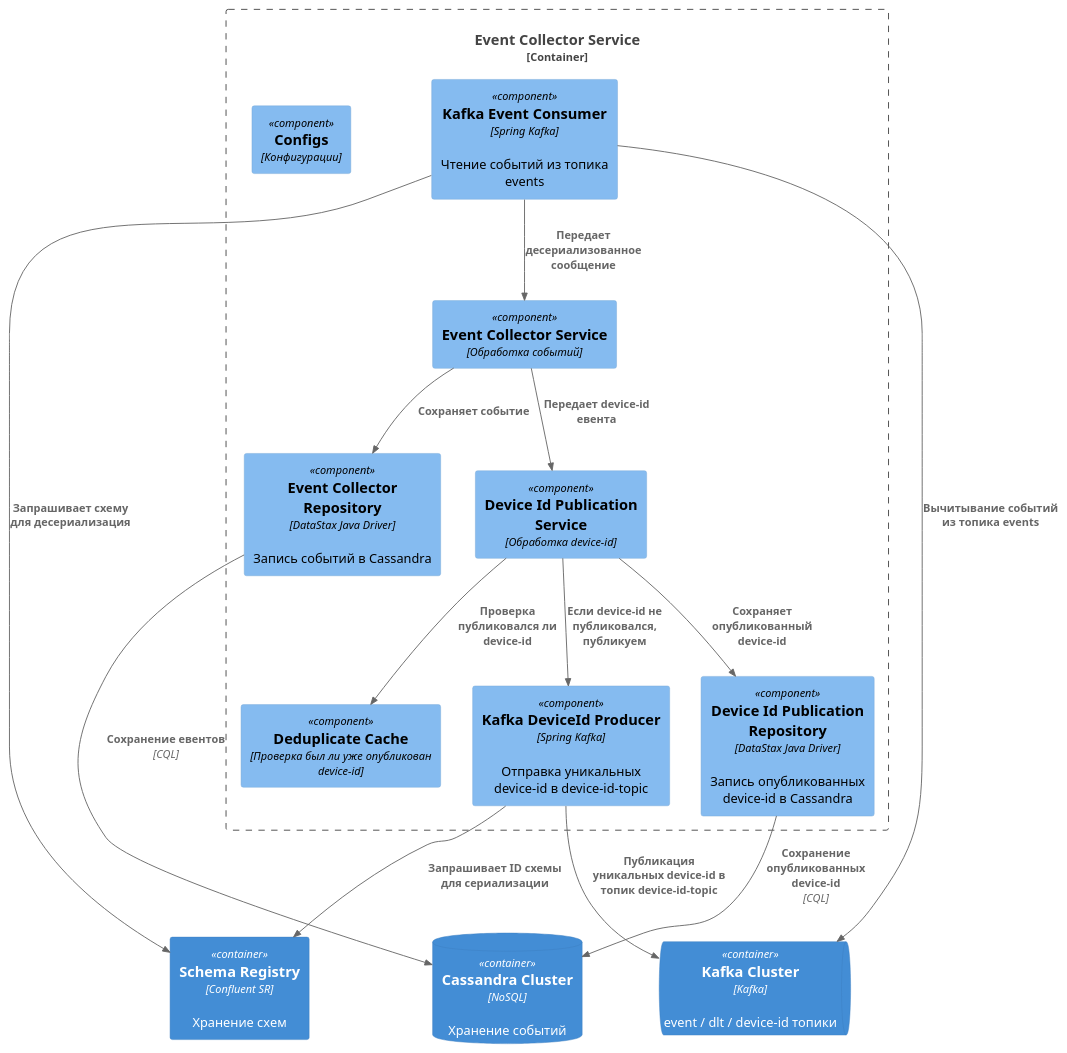
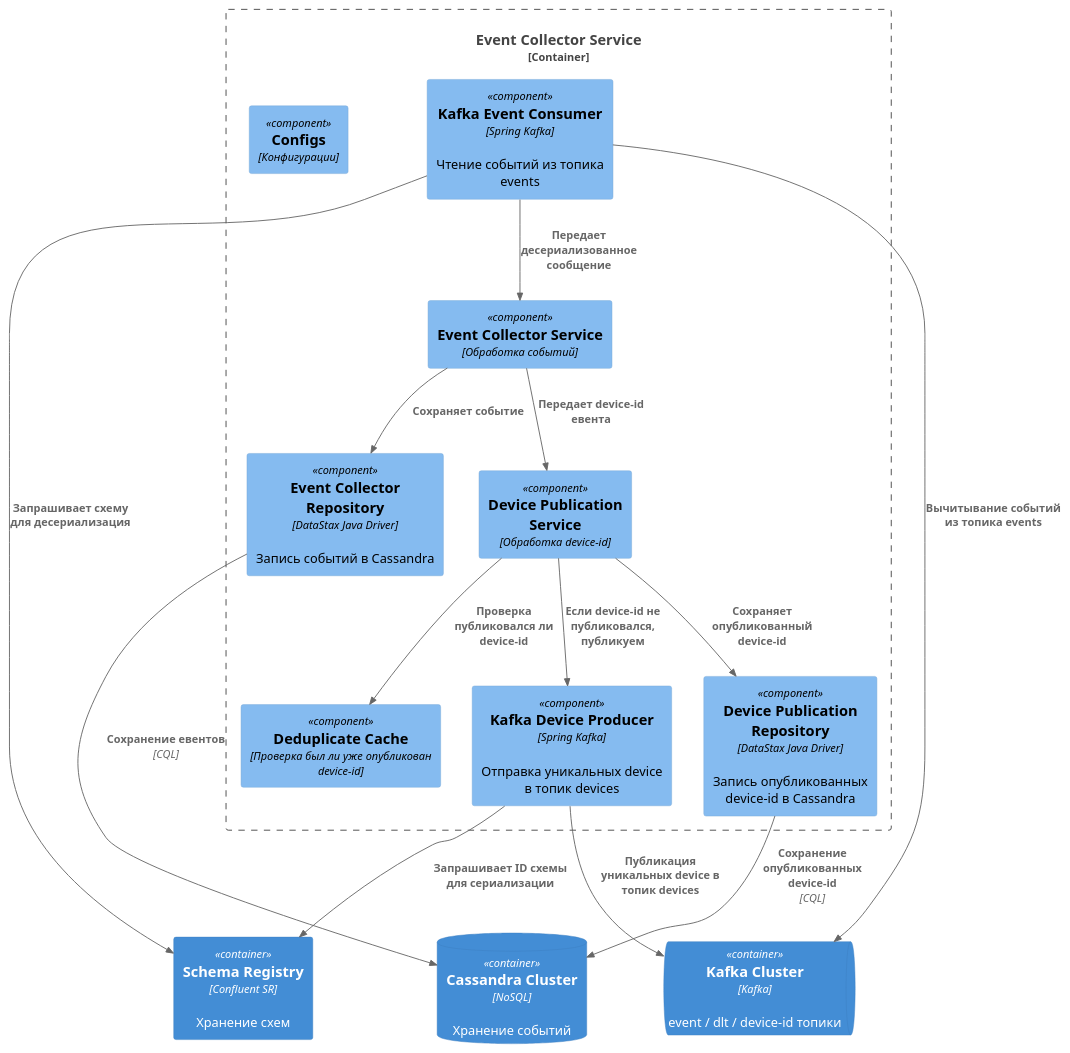
One commit to SinglePlayer56/iot changed the diagram in event-collector/diagrams/component.puml. Above: the diagram before and after it, drawn with PlantUML. The commit also changed 28 other files, not shown here.

Commit message:
Update event collector service has been updated to work with new schemes. Add migration.

```diff
--- a/event-collector/diagrams/component.puml
+++ b/event-collector/diagrams/component.puml
@@ -1,33 +1,33 @@
 @startuml
 !includeurl https://raw.githubusercontent.com/plantuml-stdlib/C4-PlantUML/master/C4_Component.puml
 
 Container_Boundary(event_collector_service, "Event Collector Service") {
     Component(event_service, "Event Collector Service", "Обработка событий")
     Component(event_repo, "Event Collector Repository", "DataStax Java Driver", "Запись событий в Cassandra")
     Component(dedup_cache, "Deduplicate Cache", "Проверка был ли уже опубликован device-id")
     Component(kafka_event_consumer, "Kafka Event Consumer", "Spring Kafka", "Чтение событий из топика events")
-    Component(kafka_device_id_producer, "Kafka DeviceId Producer", "Spring Kafka", "Отправка уникальных device-id в device-id-topic")
-    Component(device_id_piblication_service, "Device Id Publication Service", "Обработка device-id")
-    Component(device_id_publication_repo, "Device Id Publication Repository", "DataStax Java Driver", "Запись опубликованных device-id в Cassandra")
+    Component(kafka_device_id_producer, "Kafka Device Producer", "Spring Kafka", "Отправка уникальных device в топик devices")
+    Component(device_publication_service, "Device Publication Service", "Обработка device-id")
+    Component(device_id_publication_repo, "Device Publication Repository", "DataStax Java Driver", "Запись опубликованных device-id в Cassandra")
     Component(configs, "Configs", "Конфигурации")
 
     Rel(kafka_event_consumer, event_service, "Передает десериализованное сообщение")
     Rel(event_service, event_repo, "Сохраняет событие")
-    Rel(event_service, device_id_piblication_service, "Передает device-id евента")
-    Rel(device_id_piblication_service, dedup_cache, "Проверка публиковался ли device-id")
-    Rel(device_id_piblication_service, device_id_publication_repo, "Сохраняет опубликованный device-id")
-    Rel(device_id_piblication_service, kafka_device_id_producer, "Если device-id не публиковался, публикуем")
+    Rel(event_service, device_publication_service, "Передает device-id евента")
+    Rel(device_publication_service, dedup_cache, "Проверка публиковался ли device-id")
+    Rel(device_publication_service, device_id_publication_repo, "Сохраняет опубликованный device-id")
+    Rel(device_publication_service, kafka_device_id_producer, "Если device-id не публиковался, публикуем")
 }
 
 ContainerDb(cassandra, "Cassandra Cluster", "NoSQL", "Хранение событий")
 ContainerQueue(kafka, "Kafka Cluster", "Kafka", "event / dlt / device-id топики")
 Container(schema_registry, "Schema Registry", "Confluent SR", "Хранение схем")
 
 Rel(event_repo, cassandra, "Сохранение евентов", "CQL")
 Rel(device_id_publication_repo, cassandra, "Сохранение опубликованных device-id", "CQL")
 Rel(kafka_event_consumer, schema_registry, "Запрашивает схему для десериализация")
 Rel(kafka_device_id_producer, schema_registry, "Запрашивает ID схемы для сериализации")
 Rel(kafka_event_consumer, kafka, "Вычитывание событий из топика events")
-Rel(kafka_device_id_producer, kafka, "Публикация уникальных device-id в топик device-id-topic")
+Rel(kafka_device_id_producer, kafka, "Публикация уникальных device в топик devices")
 
 @enduml
```
